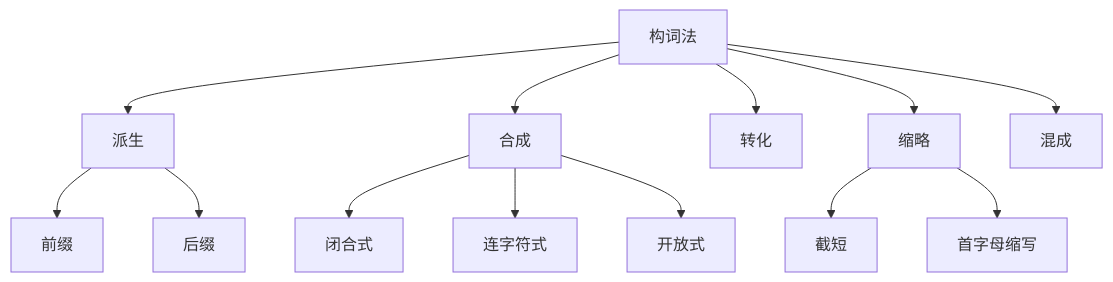
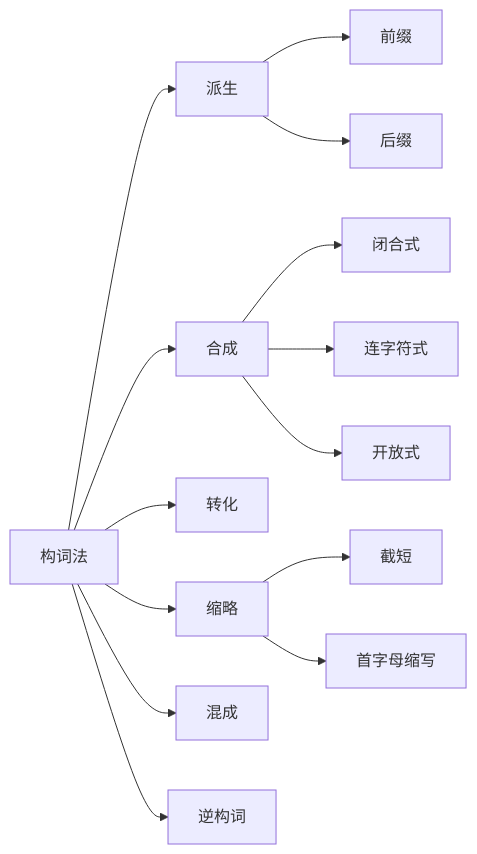
The diagram in docs/note/english/vocabulary/word-formation.mdx (lailai0916/lailai0916.github.io), drawn with Mermaid before and after one commit. The commit also changed other lines of this file and 29 other files, not shown here.

````diff
--- a/docs/note/english/vocabulary/word-formation.mdx
+++ b/docs/note/english/vocabulary/word-formation.mdx
@@ -162,15 +251,16 @@
 ```mermaid
-graph TD;
+graph LR;
     A[构词法] --> B1[派生];
     A --> B2[合成];
     A --> B3[转化];
     A --> B4[缩略];
     A --> B5[混成];
+    A --> B6[逆构词];
     B1 --> C1[前缀];
     B1 --> C2[后缀];
     B2 --> C3[闭合式];
     B2 --> C4[连字符式];
     B2 --> C5[开放式];
     B4 --> C6[截短];
     B4 --> C7[首字母缩写];
 ```
````
